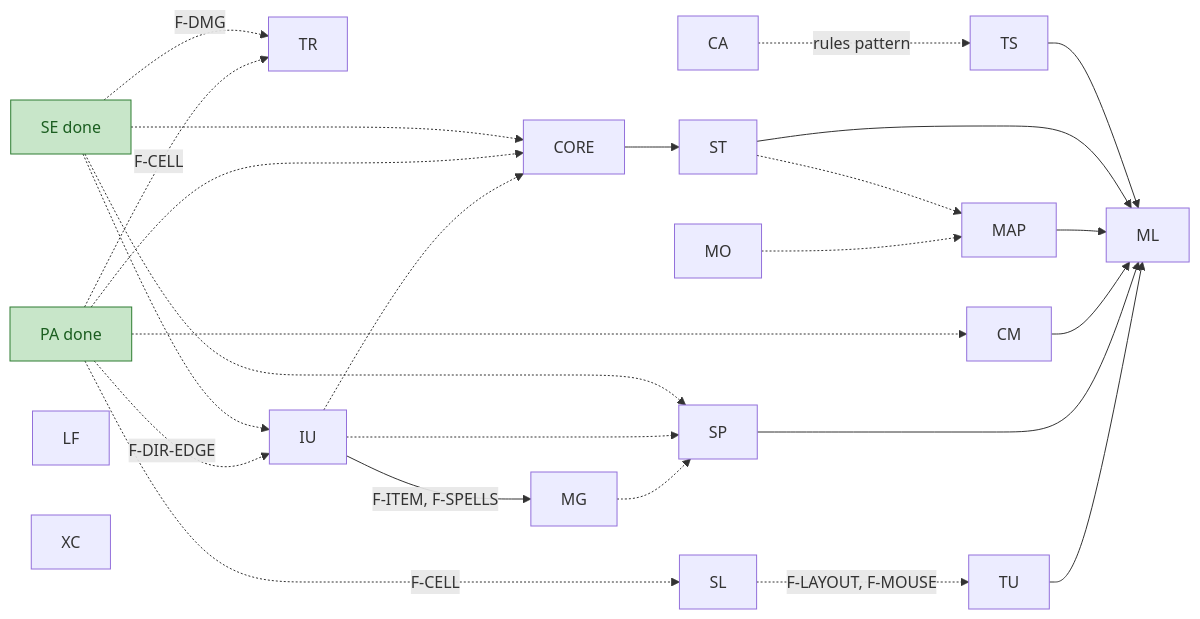
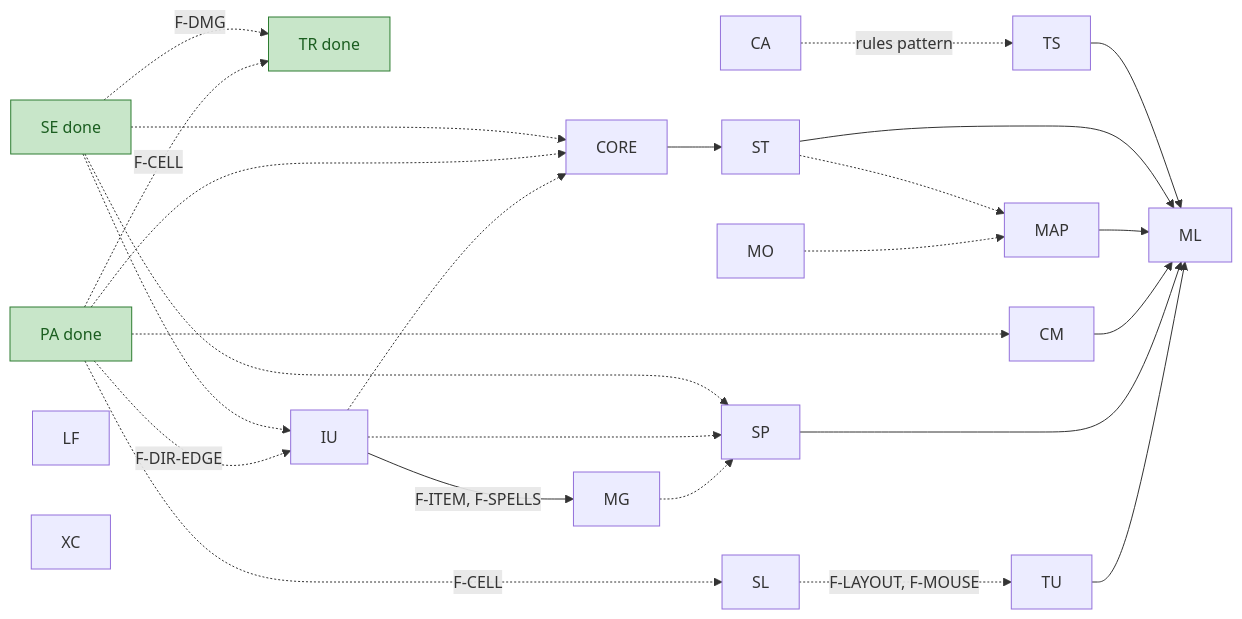
One commit to lollek/omoria changed the diagram in docs/migration/backlog.md. Above: the diagram before and after it, drawn with Mermaid. The commit also changed other lines of this file and 7 other files, not shown here.

````diff
--- a/docs/migration/backlog.md
+++ b/docs/migration/backlog.md
@@ -218,31 +218,31 @@
 ```mermaid
 graph LR
-  PA[PA done] -.->|F-CELL| TR
+  PA[PA done] -.->|F-CELL| TR[TR done]
   SE[SE done] -.->|F-DMG| TR
   PA -.->|F-DIR-EDGE| IU
   SE -.-> IU
   IU -->|F-ITEM, F-SPELLS| MG
   MG -.-> SP
   IU -.-> SP
   SE -.-> SP
   CA -.->|rules pattern| TS
   MO -.-> MAP
   ST -.-> MAP
   PA -.-> CM
   IU -.-> CORE
   PA -.-> CORE
   SE -.-> CORE
   CORE --> ST
   TU --> ML
   SP --> ML
   CM --> ML
   MAP --> ML
   ST --> ML
   TS --> ML
   PA -.->|F-CELL| SL
   SL -.->|F-LAYOUT, F-MOUSE| TU
   LF
   XC
   classDef done fill:#c8e6c9,stroke:#2e7d32,color:#1b5e20
-  class PA,SE done
+  class PA,SE,TR done
 ```
````
